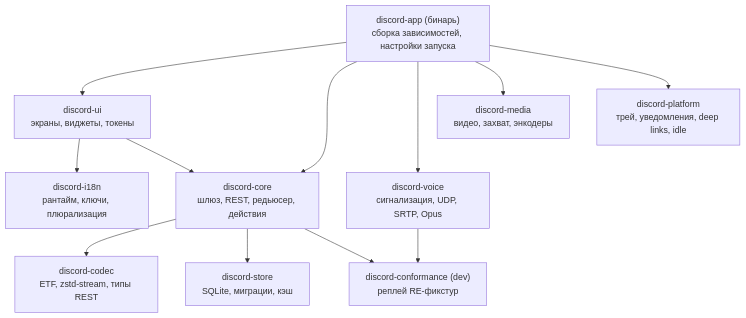
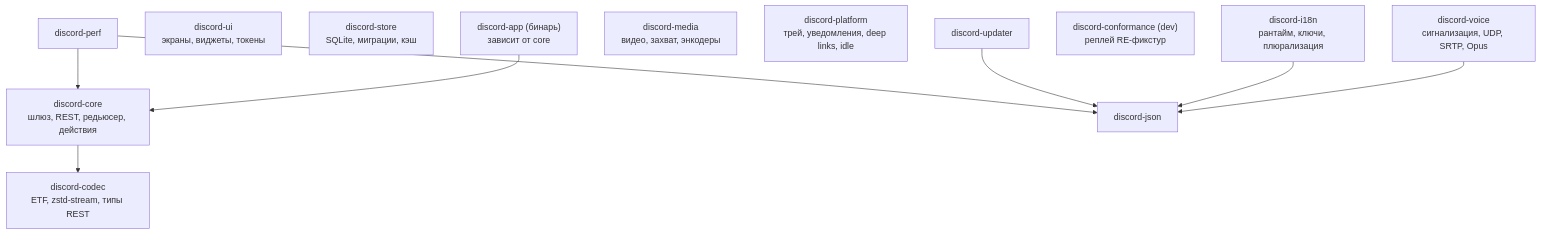
One commit to Userbash/chord changed the second of 9 diagrams in docs/rust-client/ARCHITECTURE.md. Above: the diagram before and after it, drawn with Mermaid. The commit also changed other lines of this file and 1109 other files, not shown here.

````diff
--- a/docs/rust-client/ARCHITECTURE.md
+++ b/docs/rust-client/ARCHITECTURE.md
@@ -47,24 +52,20 @@
 ```mermaid
 flowchart TD
-    APP["discord-app (бинарь)<br/>сборка зависимостей, настройки запуска"]
+    APP["discord-app (бинарь)<br/>зависит от core"]
     UI["discord-ui<br/>экраны, виджеты, токены"]
     CORE["discord-core<br/>шлюз, REST, редьюсер, действия"]
     ENC["discord-codec<br/>ETF, zstd-stream, типы REST"]
     STORE["discord-store<br/>SQLite, миграции, кэш"]
     VOICE["discord-voice<br/>сигнализация, UDP, SRTP, Opus"]
     MEDIA["discord-media<br/>видео, захват, энкодеры"]
     PLAT["discord-platform<br/>трей, уведомления, deep links, idle"]
     I18N["discord-i18n<br/>рантайм, ключи, плюрализация"]
     CONF["discord-conformance (dev)<br/>реплей RE-фикстур"]
-    APP --> UI
     APP --> CORE
-    APP --> VOICE
-    APP --> MEDIA
-    APP --> PLAT
-    UI --> I18N
-    UI --> CORE
     CORE --> ENC
-    CORE --> STORE
-    VOICE --> CONF
-    CORE --> CONF
+    VOICE --> JSON["discord-json"]
+    I18N --> JSON
+    UPDATER["discord-updater"] --> JSON
+    PERF["discord-perf"] --> CORE
+    PERF --> JSON
 ```
````
